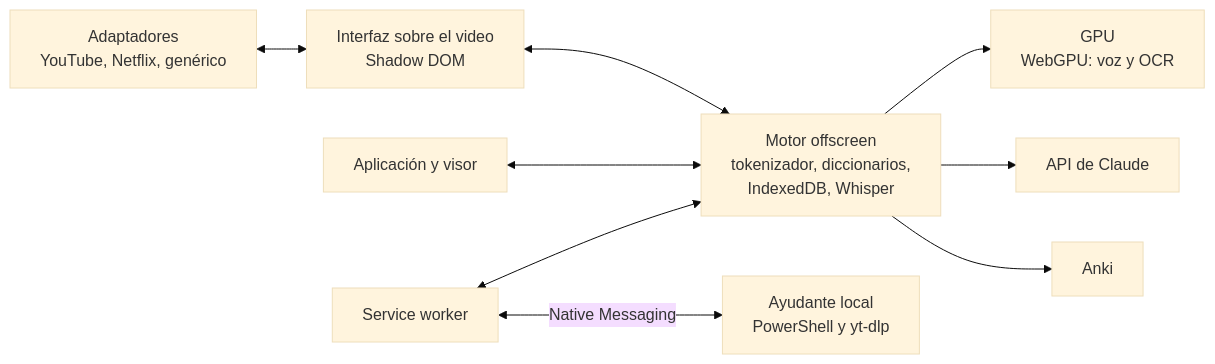
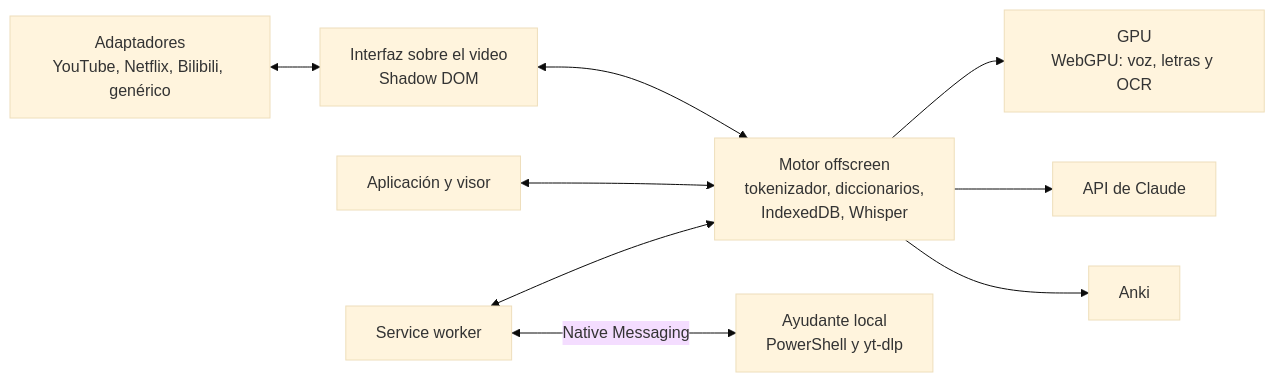
Before and after one commit to Eliam4510/kotonoha: the second of 2 diagrams in README.md, drawn with Mermaid (base theme). The commit also changed other lines of this file and 21 other files, not shown here.

````diff
--- a/README.md
+++ b/README.md
@@ -248,11 +245,11 @@
 ```mermaid
 flowchart LR
-  P["Adaptadores<br/>YouTube, Netflix, genérico"] <--> C["Interfaz sobre el video<br/>Shadow DOM"]
+  P["Adaptadores<br/>YouTube, Netflix, Bilibili, genérico"] <--> C["Interfaz sobre el video<br/>Shadow DOM"]
   C <--> M["Motor offscreen<br/>tokenizador, diccionarios,<br/>IndexedDB, Whisper"]
   A["Aplicación y visor"] <--> M
-  M --> G["GPU<br/>WebGPU: voz y OCR"]
+  M --> G["GPU<br/>WebGPU: voz, letras y OCR"]
   M --> CL["API de Claude"]
   M --> AN["Anki"]
   S["Service worker"] <--> M
   S <-->|Native Messaging| H["Ayudante local<br/>PowerShell y yt-dlp"]
 ```
````
